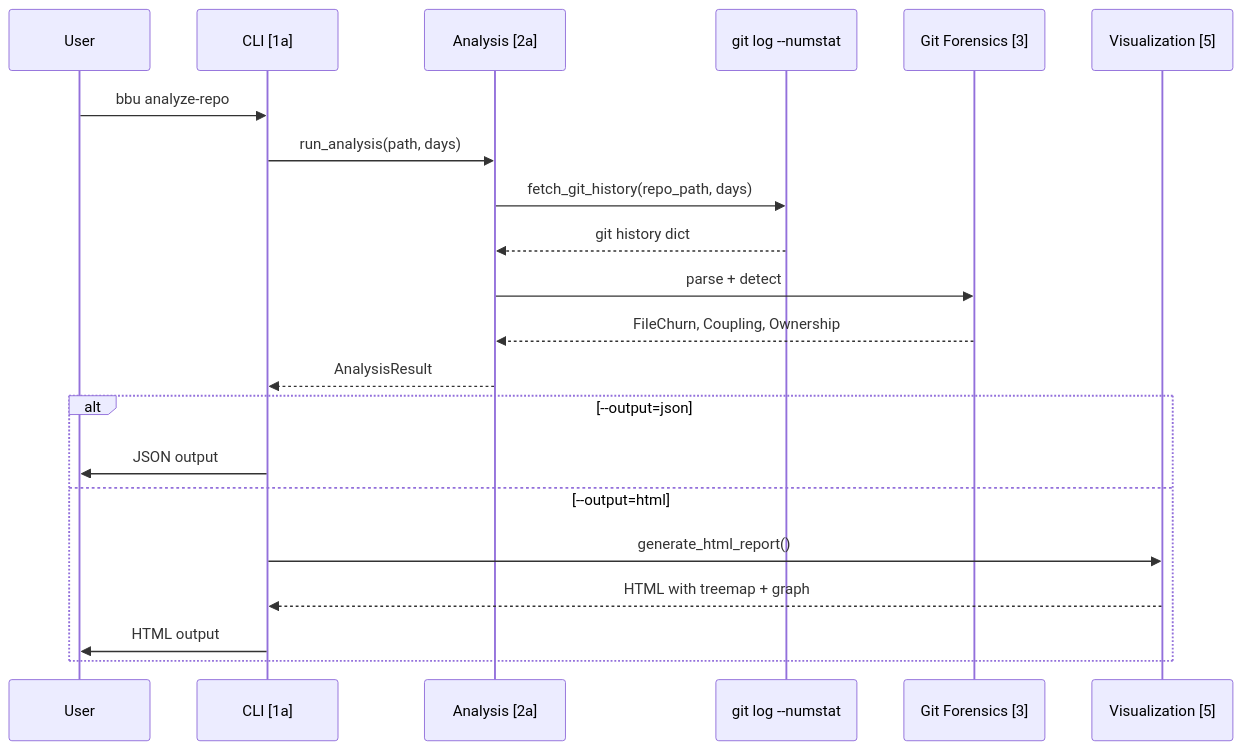
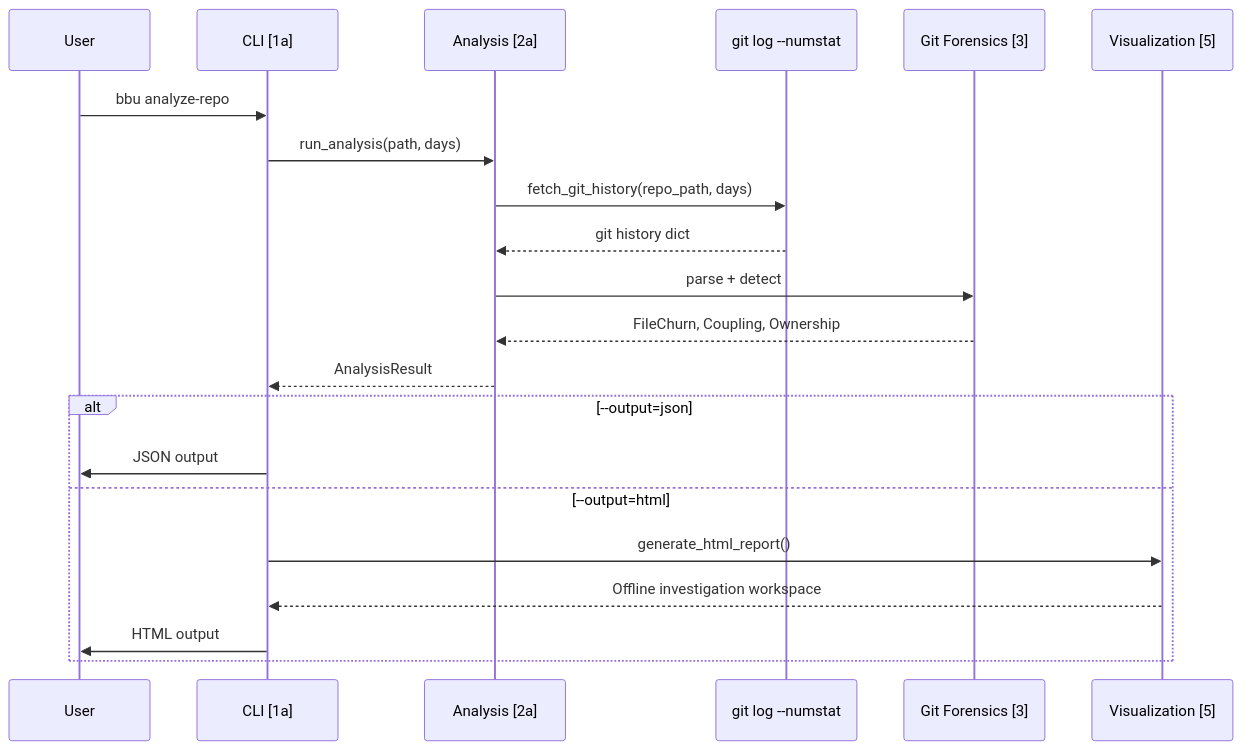
Before and after one commit to michael-denyer/black-box-unlock: the second of 5 diagrams in docs/CODEMAP.md, drawn with Mermaid. The commit also changed other lines of this file and 24 other files, not shown here.

Commit message:
feat: rebuild HTML report as offline investigation workspace

````diff
--- a/docs/CODEMAP.md
+++ b/docs/CODEMAP.md
@@ -52,24 +52,24 @@
 ```mermaid
 sequenceDiagram
     participant User
     participant CLI as CLI [1a]
     participant Analysis as Analysis [2a]
     participant Git as git log --numstat
     participant Forensics as Git Forensics [3]
     participant Viz as Visualization [5]
 
     User->>CLI: bbu analyze-repo
     CLI->>Analysis: run_analysis(path, days)
     Analysis->>Git: fetch_git_history(repo_path, days)
     Git-->>Analysis: git history dict
     Analysis->>Forensics: parse + detect
     Forensics-->>Analysis: FileChurn, Coupling, Ownership
     Analysis-->>CLI: AnalysisResult
     alt --output=json
         CLI->>User: JSON output
     else --output=html
         CLI->>Viz: generate_html_report()
-        Viz-->>CLI: HTML with treemap + graph
+        Viz-->>CLI: Offline investigation workspace
         CLI->>User: HTML output
     end
 ```
````
